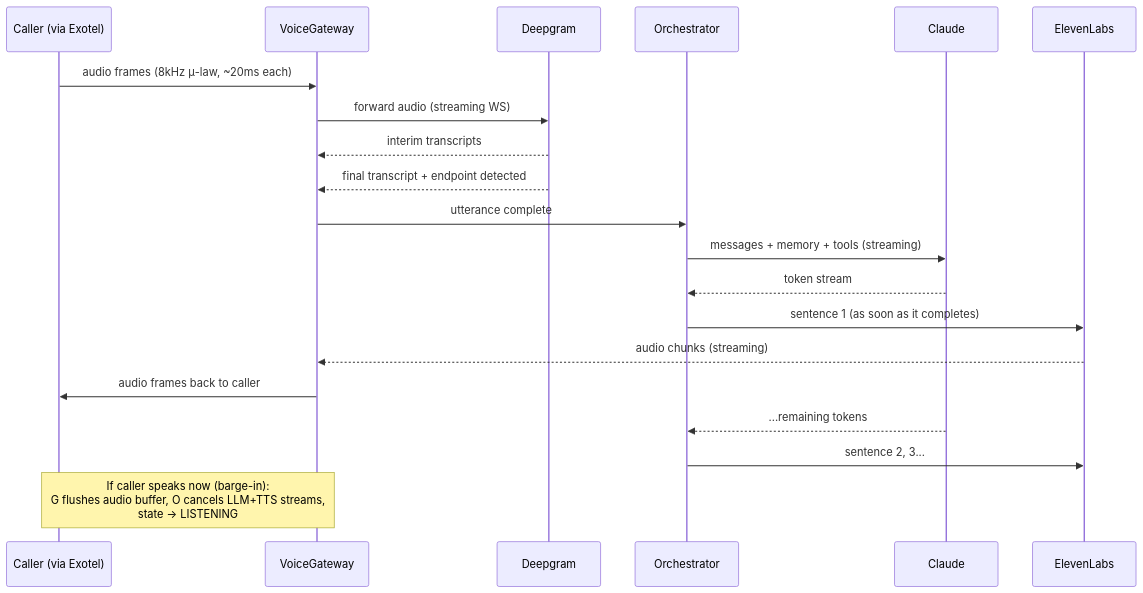
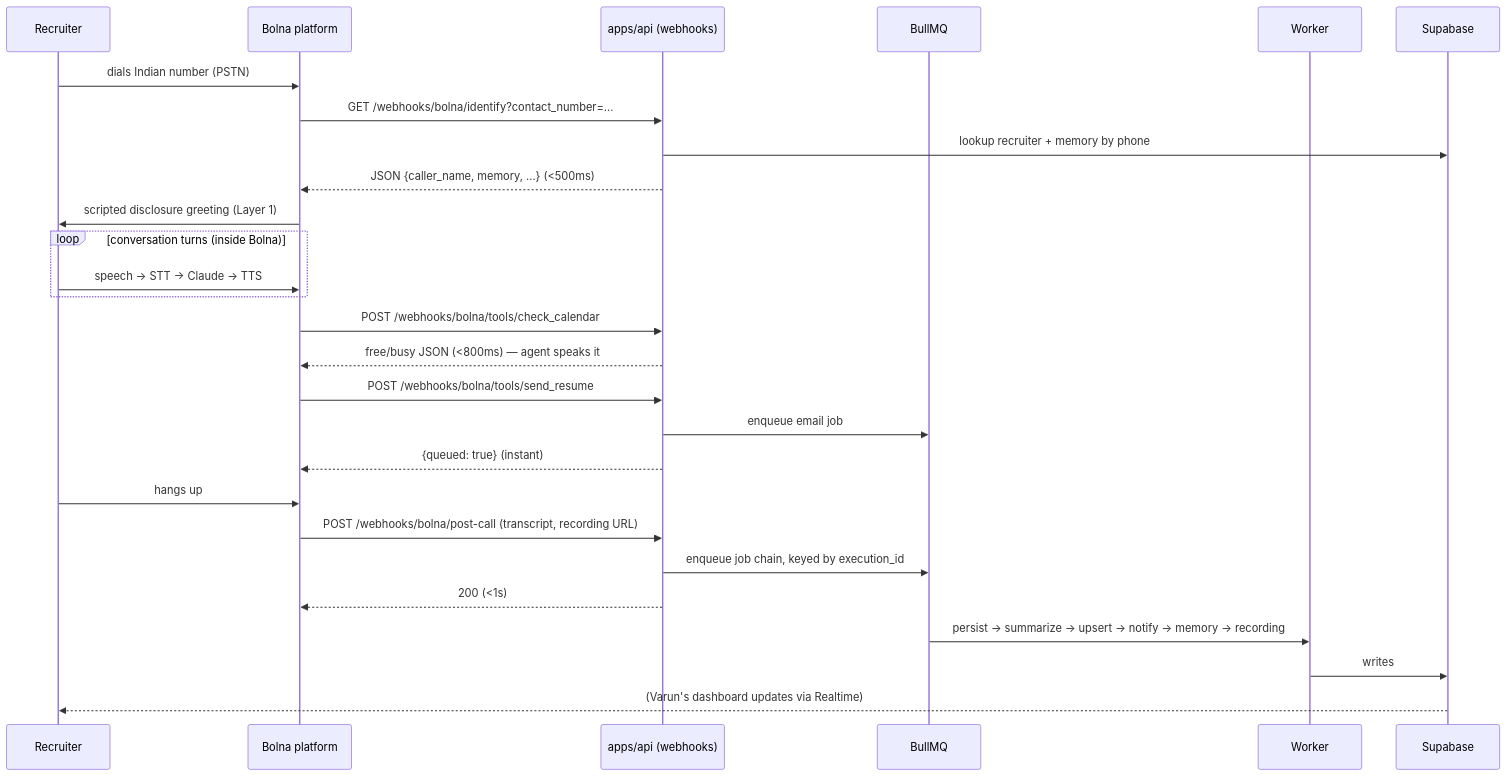
The fourth of 5 diagrams in docs/01_SYSTEM_ARCHITECTURE.md (gandhi120/RecruitPilot_AI), drawn with Mermaid before and after one commit. The commit also changed other lines of this file and 34 other files, not shown here.

First line of the commit message:
docs: pivot voice stack to Bolna; archive DIY vendor docs as phase-2 reference

````diff
--- a/docs/01_SYSTEM_ARCHITECTURE.md
+++ b/docs/01_SYSTEM_ARCHITECTURE.md
@@ -171,23 +172,30 @@
 ```mermaid
 sequenceDiagram
-    participant C as Caller (via Exotel)
-    participant G as VoiceGateway
-    participant D as Deepgram
-    participant O as Orchestrator
-    participant L as Claude
-    participant E as ElevenLabs
+    participant C as Recruiter
+    participant B as Bolna platform
+    participant A as apps/api (webhooks)
+    participant Q as BullMQ
+    participant W as Worker
+    participant D as Supabase
 
-    C->>G: audio frames (8kHz μ-law, ~20ms each)
-    G->>D: forward audio (streaming WS)
-    D-->>G: interim transcripts
-    D-->>G: final transcript + endpoint detected
-    G->>O: utterance complete
-    O->>L: messages + memory + tools (streaming)
-    L-->>O: token stream
-    O->>E: sentence 1 (as soon as it completes)
-    E-->>G: audio chunks (streaming)
-    G->>C: audio frames back to caller
-    L-->>O: ...remaining tokens
-    O->>E: sentence 2, 3...
-    Note over C,G: If caller speaks now (barge-in):<br/>G flushes audio buffer, O cancels LLM+TTS streams,<br/>state → LISTENING
+    C->>B: dials Indian number (PSTN)
+    B->>A: GET /webhooks/bolna/identify?contact_number=...
+    A->>D: lookup recruiter + memory by phone
+    A-->>B: JSON {caller_name, memory, ...} (<500ms)
+    B->>C: scripted disclosure greeting (Layer 1)
+    loop conversation turns (inside Bolna)
+        C->>B: speech → STT → Claude → TTS
+    end
+    B->>A: POST /webhooks/bolna/tools/check_calendar
+    A-->>B: free/busy JSON (<800ms) — agent speaks it
+    B->>A: POST /webhooks/bolna/tools/send_resume
+    A->>Q: enqueue email job
+    A-->>B: {queued: true} (instant)
+    C->>B: hangs up
+    B->>A: POST /webhooks/bolna/post-call (transcript, recording URL)
+    A->>Q: enqueue job chain, keyed by execution_id
+    A-->>B: 200 (<1s)
+    Q->>W: persist → summarize → upsert → notify → memory → recording
+    W->>D: writes
+    D-->>C: (Varun's dashboard updates via Realtime)
 ```
````
